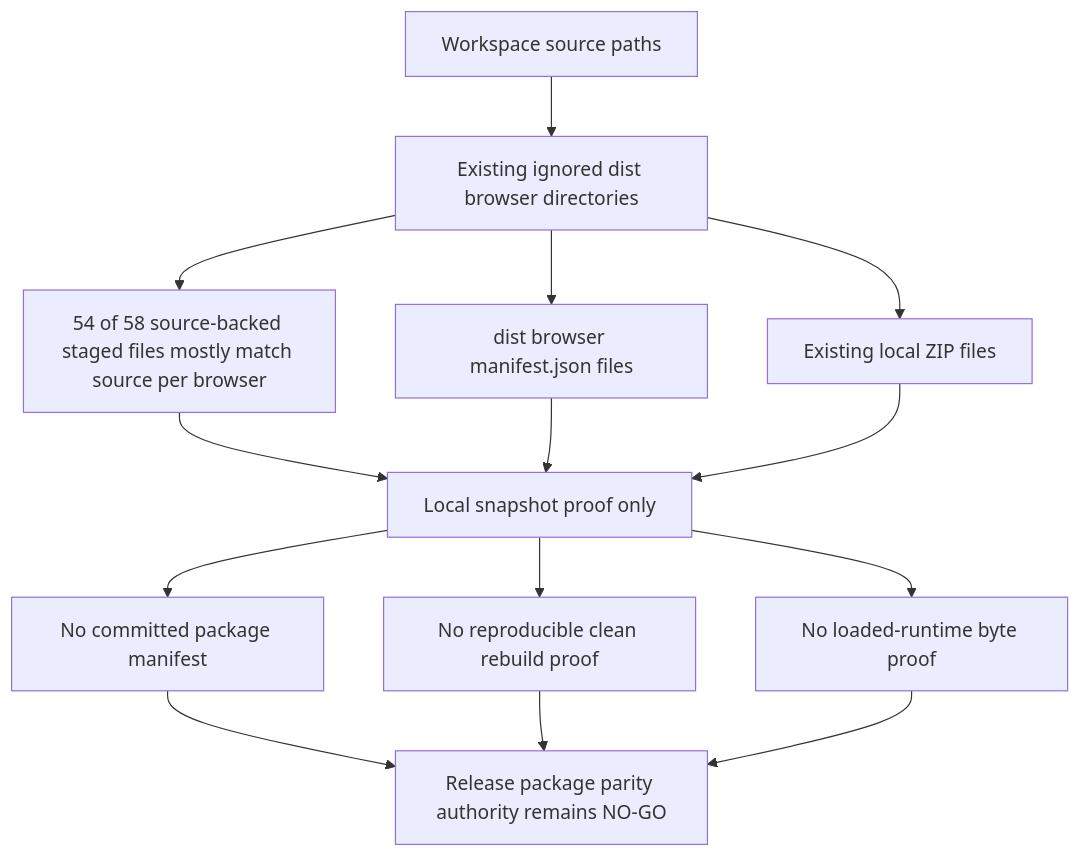
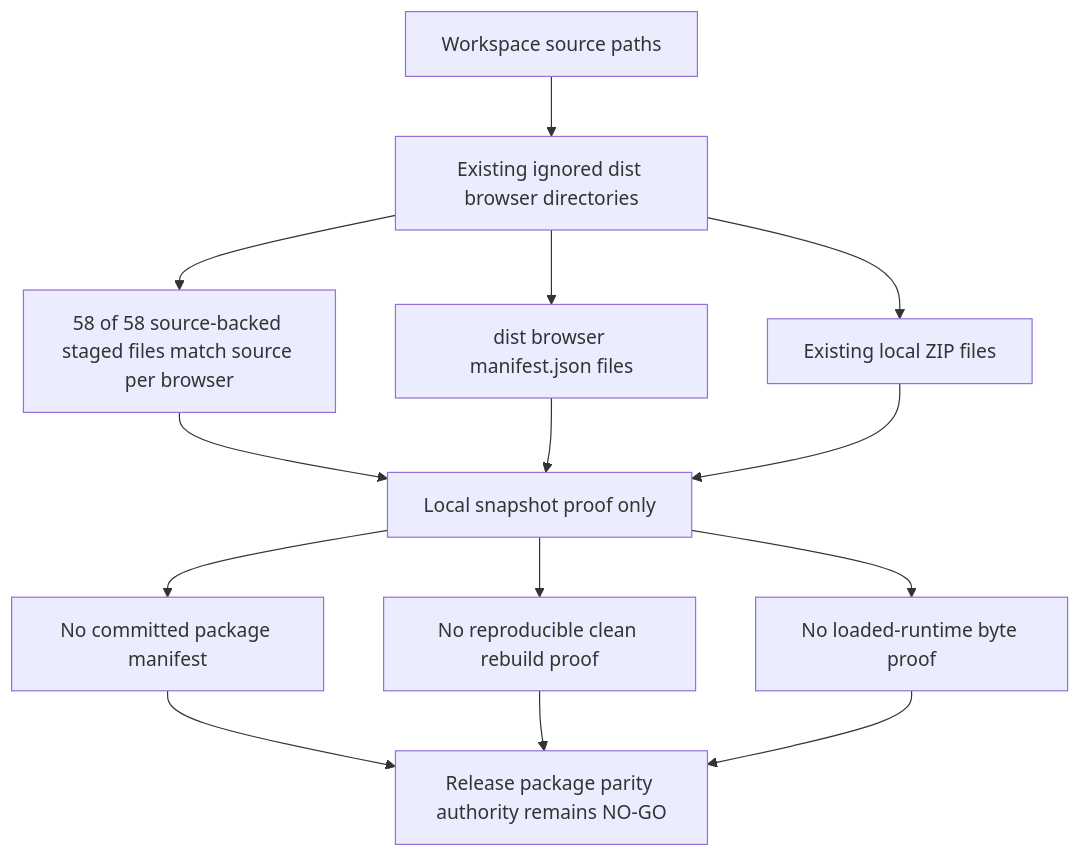
Before and after one commit to varshneydevansh/FilterTube: the ninth of 9 diagrams in docs/audit/FILTERTUBE_P0_RELEASE_PACKAGE_CURRENT_BEHAVIOR_2026-05-19.md, drawn with Mermaid. The commit also changed other lines of this file and 619 other files, not shown here.

````diff
--- a/docs/audit/FILTERTUBE_P0_RELEASE_PACKAGE_CURRENT_BEHAVIOR_2026-05-19.md
+++ b/docs/audit/FILTERTUBE_P0_RELEASE_PACKAGE_CURRENT_BEHAVIOR_2026-05-19.md
@@ -715,16 +716,16 @@
 ```mermaid
 flowchart TD
   A["Workspace source paths"] --> B["Existing ignored dist browser directories"]
-  B --> C["54 of 58 source-backed staged files mostly match source per browser"]
+  B --> C["58 of 58 source-backed staged files match source per browser"]
   B --> D["dist browser manifest.json files"]
   B --> E["Existing local ZIP files"]
   C --> F["Local snapshot proof only"]
   D --> F
   E --> F
   F --> G["No committed package manifest"]
   F --> H["No reproducible clean rebuild proof"]
   F --> I["No loaded-runtime byte proof"]
   G --> J["Release package parity authority remains NO-GO"]
   H --> J
   I --> J
 ```
````
